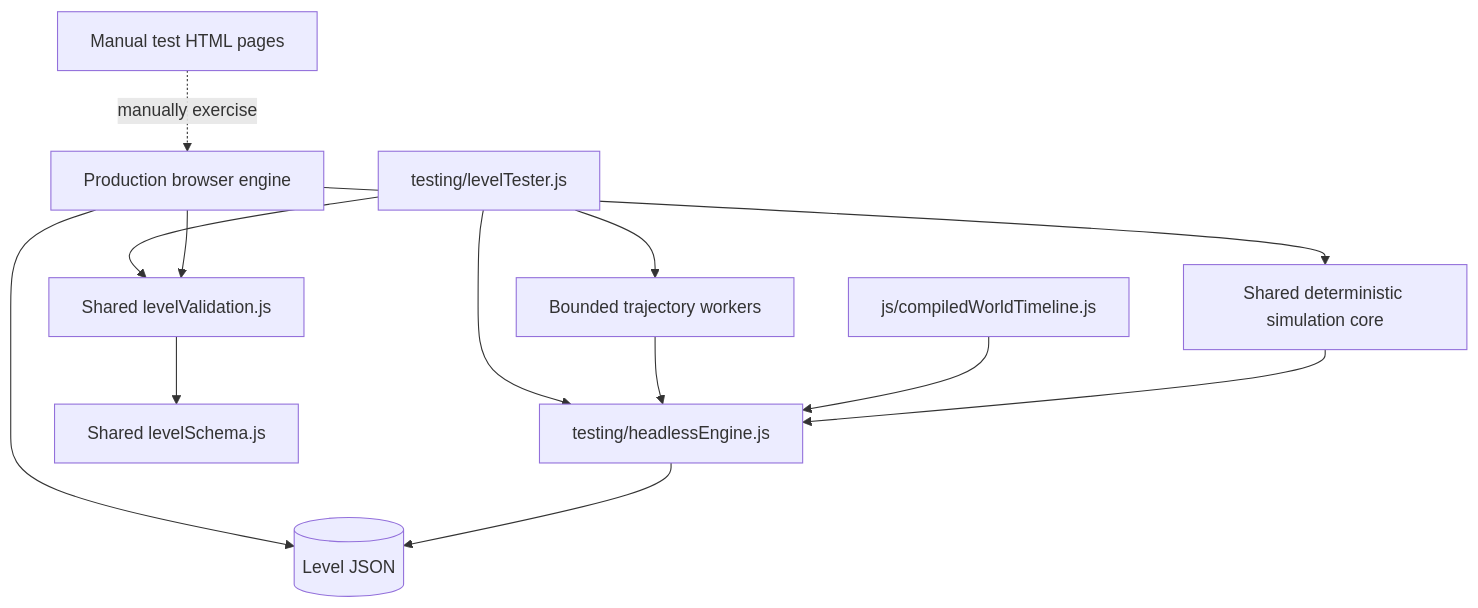
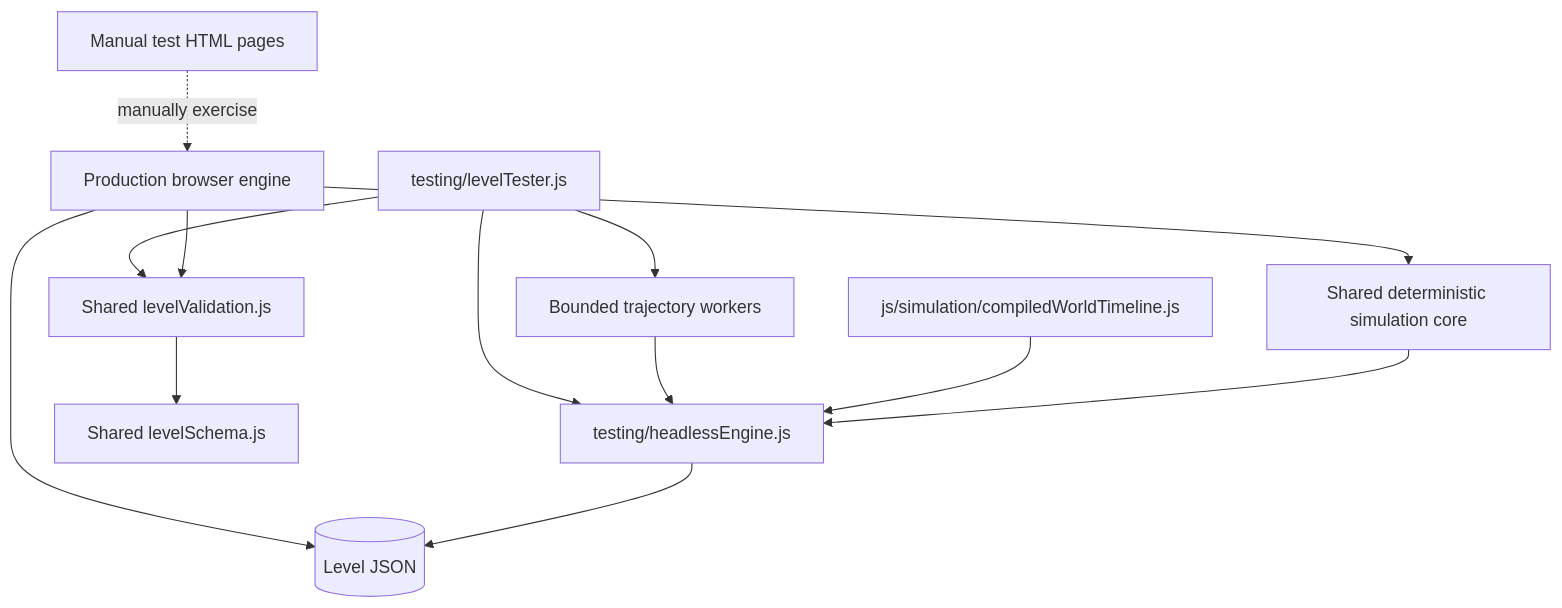
Before and after one commit to Newah1/SpacedPenguin: diagram 15 of 15 in ARCHITECTURE.md, drawn with Mermaid. The commit also changed other lines of this file and 213 other files, not shown here.

````diff
--- a/ARCHITECTURE.md
+++ b/ARCHITECTURE.md
@@ -658,23 +658,23 @@
 ```mermaid
 flowchart TB
     Production[Production browser engine]
     BrowserTests[Manual test HTML pages]
     Headless[testing/headlessEngine.js]
-    Timeline[js/compiledWorldTimeline.js]
+    Timeline[js/simulation/compiledWorldTimeline.js]
     Workers[Bounded trajectory workers]
     CLI[testing/levelTester.js]
     Levels[(Level JSON)]
 
     Production --> Levels
     BrowserTests -. manually exercise .-> Production
     CLI --> Headless
     CLI --> Workers
     Workers --> Headless
     Timeline --> Headless
     CLI --> Validator[Shared levelValidation.js]
     Headless --> Levels
     Production --> Validator
     Validator --> Schema[Shared levelSchema.js]
     Production --> Core[Shared deterministic simulation core]
     Core --> Headless
 ```
````
